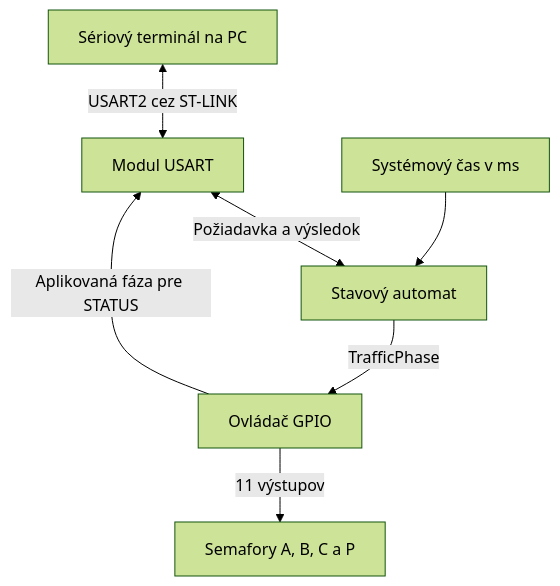
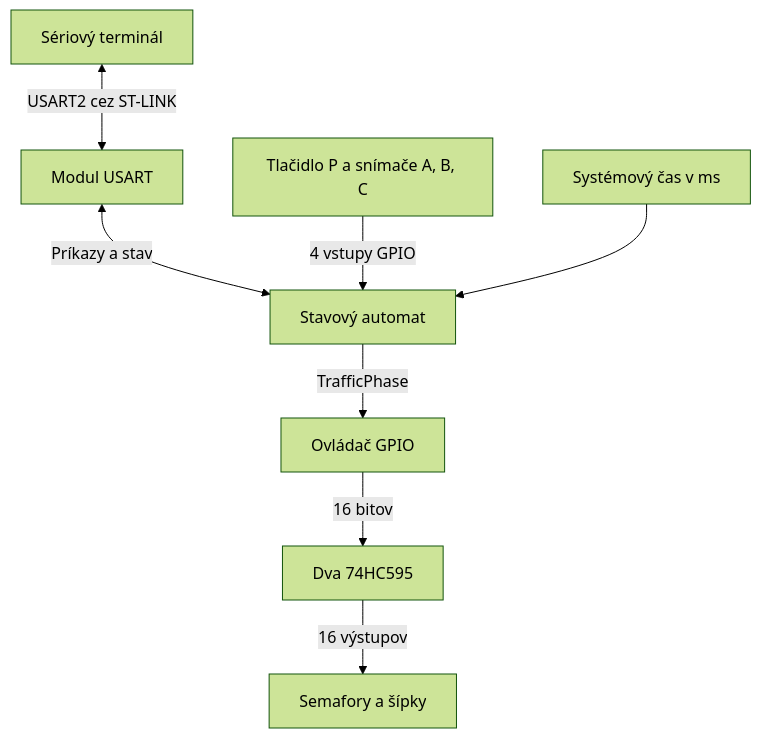
Before and after one commit to xkuceram/VRS_T_krizovatka: the diagram in README.md, drawn with Mermaid (forest theme). The commit also changed other lines of this file and 2 other files, not shown here.

````diff
--- a/README.md
+++ b/README.md
@@ -74,9 +80,10 @@
 ```mermaid
 flowchart TD
-    PC["Sériový terminál na PC"] <-->|"USART2 cez ST-LINK"| USART["Modul USART"]
-    USART <-->|"Požiadavka a výsledok"| FSM["Stavový automat"]
+    PC["Sériový terminál"] <-->|"USART2 cez ST-LINK"| USART["Modul USART"]
+    USART <-->|"Príkazy a stav"| FSM["Stavový automat"]
+    IN["Tlačidlo P a snímače A, B, C"] -->|"4 vstupy GPIO"| FSM
     TICK["Systémový čas v ms"] --> FSM
     FSM -->|"TrafficPhase"| GPIO["Ovládač GPIO"]
-    GPIO -->|"Aplikovaná fáza pre STATUS"| USART
-    GPIO -->|"11 výstupov"| LED["Semafory A, B, C a P"]
+    GPIO -->|"16 bitov"| REG["Dva 74HC595"]
+    REG -->|"16 výstupov"| LED["Semafory a šípky"]
 ```
````
